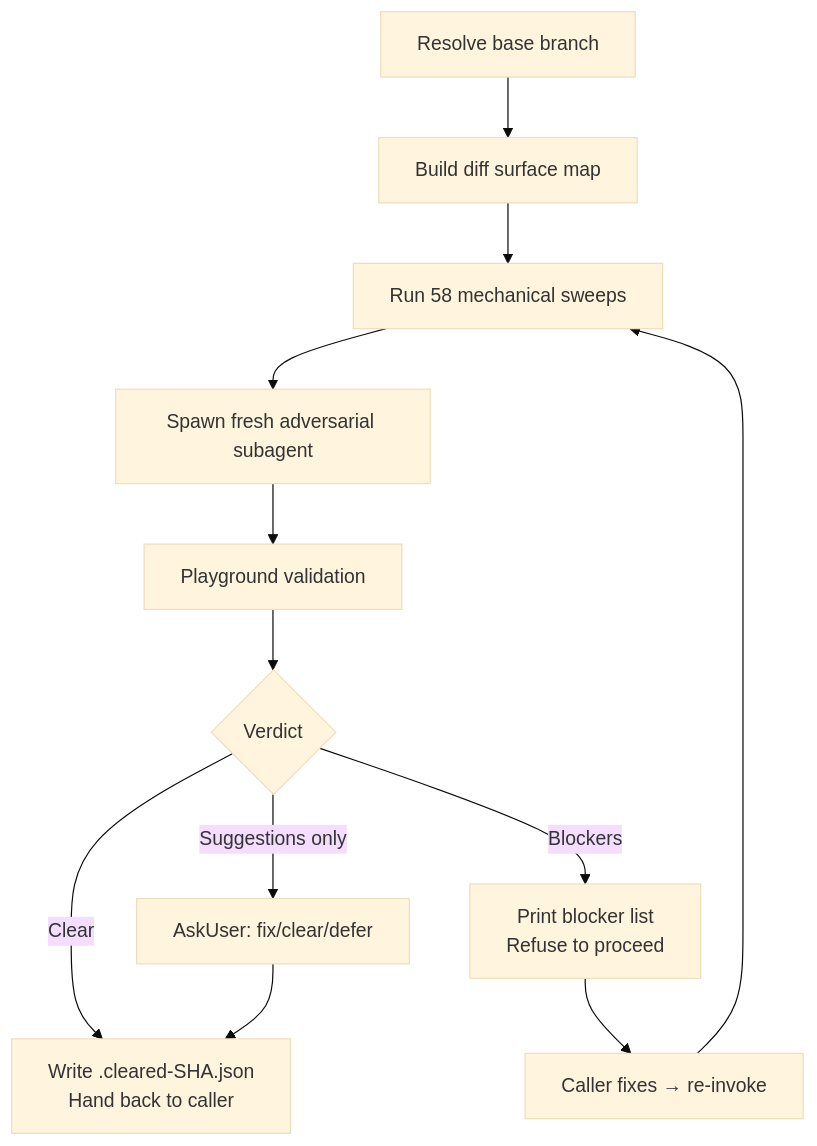
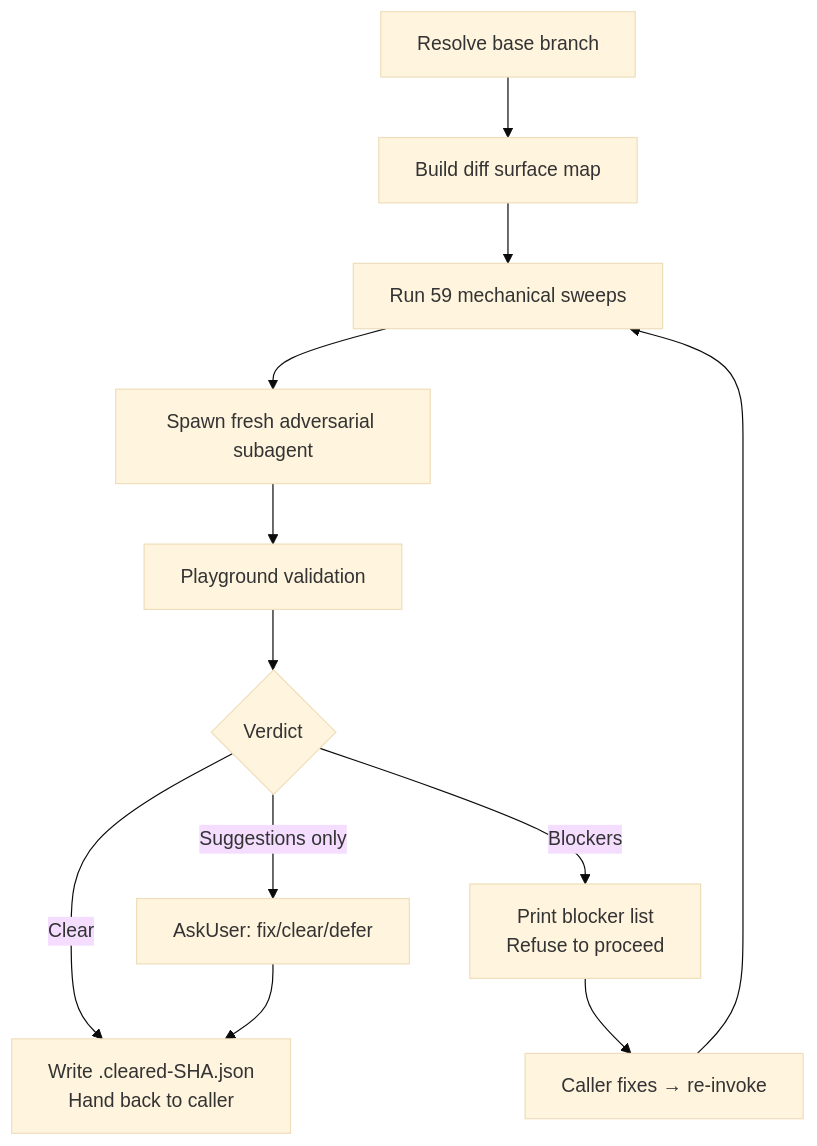
The diagram in skills/adversarial-review/README.md (whizzzkid/skills), drawn with Mermaid (base theme) before and after one commit. The commit also changed other lines of this file and 9 other files, not shown here.

````diff
--- a/skills/adversarial-review/README.md
+++ b/skills/adversarial-review/README.md
@@ -16,14 +16,14 @@
 ```mermaid
 flowchart TD
     A[Resolve base branch] --> B[Build diff surface map]
-    B --> C[Run 58 mechanical sweeps]
+    B --> C[Run 59 mechanical sweeps]
     C --> D[Spawn fresh adversarial subagent]
     D --> E[Playground validation]
     E --> F{Verdict}
     F -->|Clear| G[Write .cleared-SHA.json<br/>Hand back to caller]
     F -->|Blockers| H[Print blocker list<br/>Refuse to proceed]
     F -->|Suggestions only| I[AskUser: fix/clear/defer]
     H --> J[Caller fixes → re-invoke]
     J --> C
     I --> G
 ```
````
